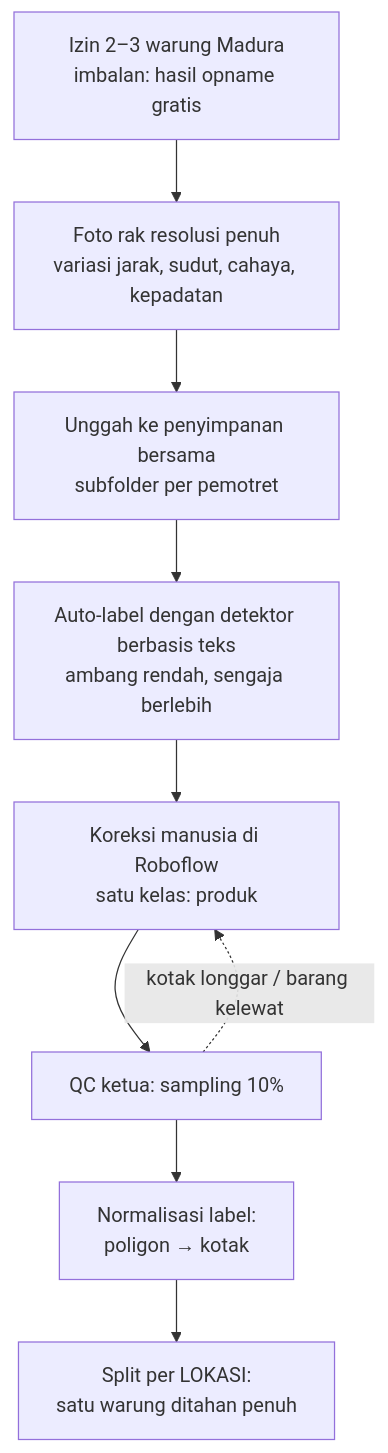
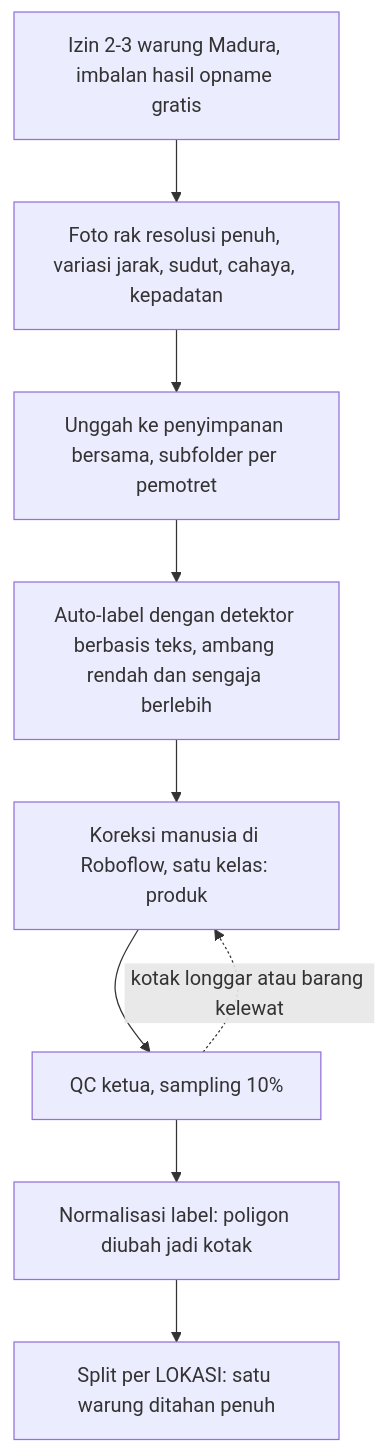
Before and after one commit to marshal-rizky/Stocklens: the seventh of 11 diagrams in docs/proposal/DRAFT-PROPOSAL.md, drawn with Mermaid. The commit also changed other lines of this file and 2 other files, not shown here.

````diff
--- a/docs/proposal/DRAFT-PROPOSAL.md
+++ b/docs/proposal/DRAFT-PROPOSAL.md
@@ -311,14 +292,13 @@
 ```mermaid
 flowchart TB
-    D1["Izin 2–3 warung Madura<br/>imbalan: hasil opname gratis"]
-    D2["Foto rak resolusi penuh<br/>variasi jarak, sudut, cahaya, kepadatan"]
-    D3["Unggah ke penyimpanan bersama<br/>subfolder per pemotret"]
-    D4["Auto-label dengan detektor berbasis teks<br/>ambang rendah, sengaja berlebih"]
-    D5["Koreksi manusia di Roboflow<br/>satu kelas: produk"]
-    D6["QC ketua: sampling 10%"]
-    D7["Normalisasi label:<br/>poligon → kotak"]
-    D8["Split per LOKASI:<br/>satu warung ditahan penuh"]
-
+    D1["Izin 2-3 warung Madura, imbalan hasil opname gratis"]
+    D2["Foto rak resolusi penuh, variasi jarak, sudut, cahaya, kepadatan"]
+    D3["Unggah ke penyimpanan bersama, subfolder per pemotret"]
+    D4["Auto-label dengan detektor berbasis teks, ambang rendah dan sengaja berlebih"]
+    D5["Koreksi manusia di Roboflow, satu kelas: produk"]
+    D6["QC ketua, sampling 10%"]
+    D7["Normalisasi label: poligon diubah jadi kotak"]
+    D8["Split per LOKASI: satu warung ditahan penuh"]
     D1 --> D2 --> D3 --> D4 --> D5 --> D6 --> D7 --> D8
-    D6 -. "kotak longgar / barang kelewat" .-> D5
+    D6 -. "kotak longgar atau barang kelewat" .-> D5
 ```
````
